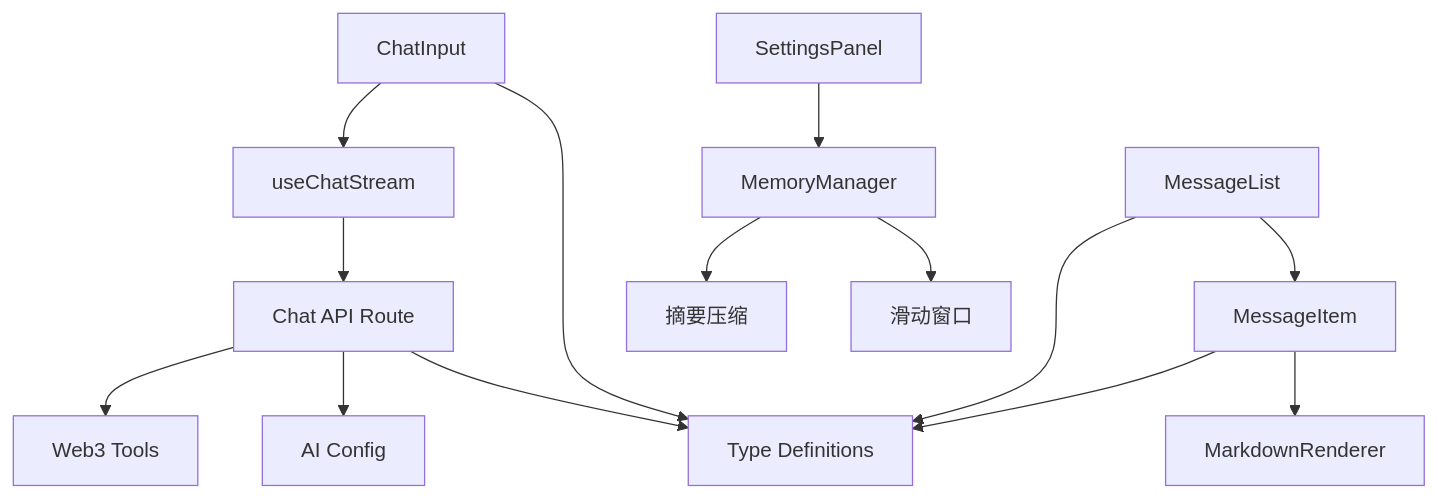
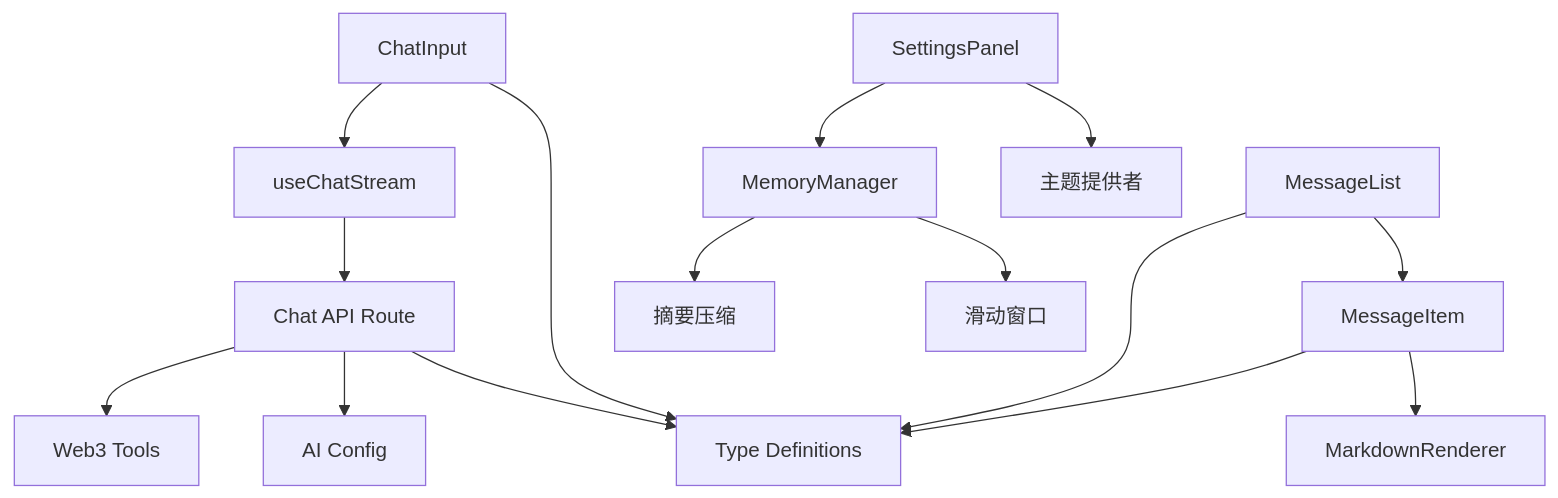
Diagram 11 of 12 in .qoder/repowiki/zh/content/项目概述/整体架构概览/Web应用程序/Web3企业风格界面.md (CryptoLinxu/Web3-AI-Agent), drawn with Mermaid before and after one commit. The commit also changed other lines of this file and 11 other files, not shown here.

````diff
--- a/.qoder/repowiki/zh/content/项目概述/整体架构概览/Web应用程序/Web3企业风格界面.md
+++ b/.qoder/repowiki/zh/content/项目概述/整体架构概览/Web应用程序/Web3企业风格界面.md
@@ -368,16 +423,17 @@
 ```mermaid
 graph TD
 ChatInput[ChatInput] --> useChatStream[useChatStream]
 MessageList[MessageList] --> MessageItem[MessageItem]
 MessageItem --> MarkdownRenderer[MarkdownRenderer]
 SettingsPanel[SettingsPanel] --> MemoryManager[MemoryManager]
+SettingsPanel --> ThemeProvider[主题提供者]
 useChatStream --> ChatAPI[Chat API Route]
 ChatAPI --> Web3Tools[Web3 Tools]
 ChatAPI --> AIConfig[AI Config]
 MemoryManager --> SummaryCompressionMemory[摘要压缩]
 MemoryManager --> SlidingWindowMemory[滑动窗口]
 ChatAPI --> Types[Type Definitions]
 ChatInput --> Types
 MessageList --> Types
 MessageItem --> Types
 ```
````
